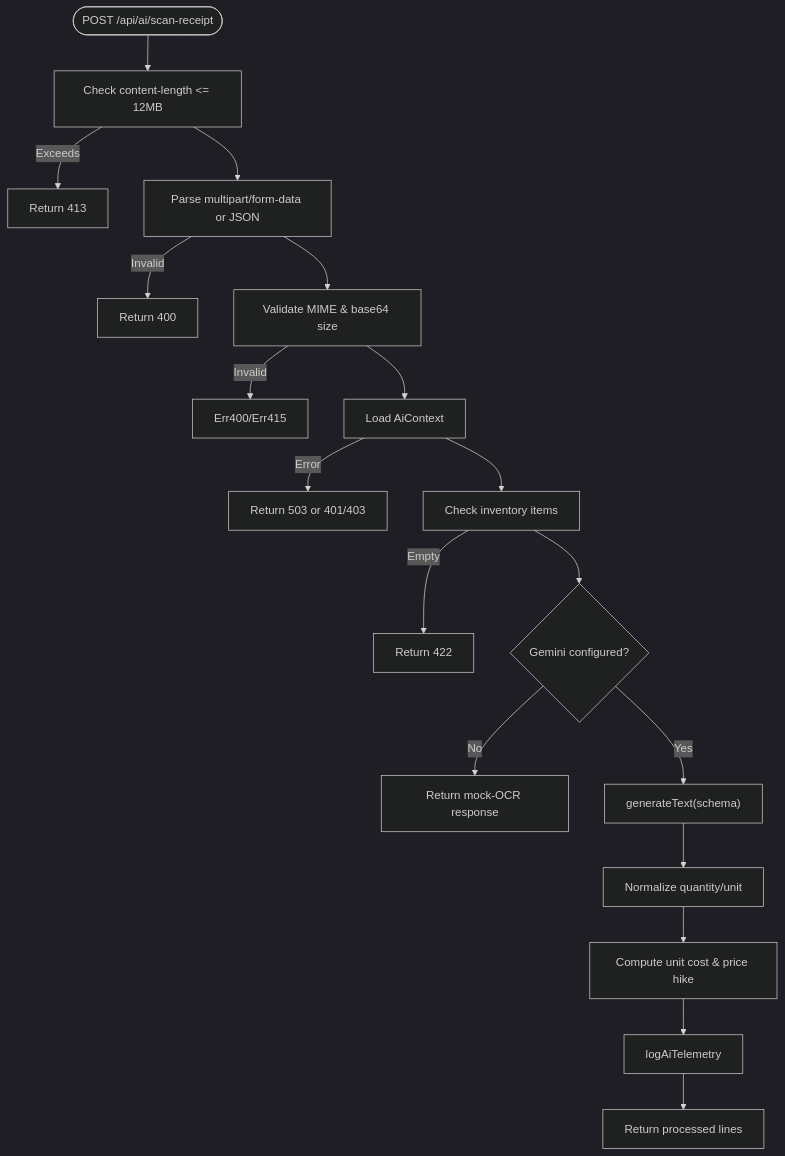
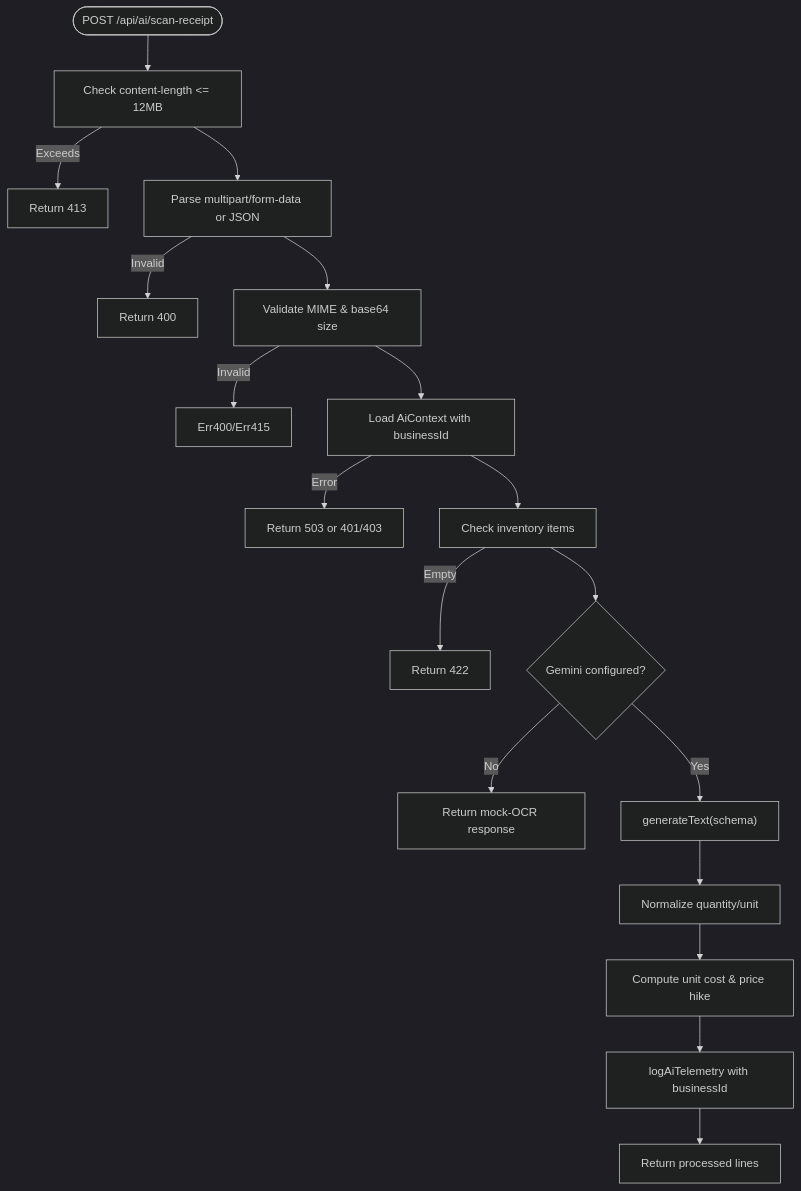
One commit to aarz24/Laris_HackathonGTNIC2026 changed the fourth of 8 diagrams in .qoder/repowiki/en/content/API Reference/API Reference.md. Above: the diagram before and after it, drawn with Mermaid (dark theme). The commit also changed other lines of this file and 58 other files, not shown here.

````diff
--- a/.qoder/repowiki/en/content/API Reference/API Reference.md
+++ b/.qoder/repowiki/en/content/API Reference/API Reference.md
@@ -237,20 +254,20 @@
 ```mermaid
 flowchart TD
 StartScan(["POST /api/ai/scan-receipt"]) --> CheckBody["Check content-length <= 12MB"]
 CheckBody --> |Exceeds| Err413["Return 413"]
 CheckBody --> ParseFormOrJson["Parse multipart/form-data or JSON"]
 ParseFormOrJson --> |Invalid| Err400["Return 400"]
 ParseFormOrJson --> ValidateImage["Validate MIME & base64 size"]
 ValidateImage --> |Invalid| Err400/Err415
-ValidateImage --> LoadContext["Load AiContext"]
+ValidateImage --> LoadContext["Load AiContext with businessId"]
 LoadContext --> |Error| Err503["Return 503 or 401/403"]
 LoadContext --> CheckInventory["Check inventory items"]
 CheckInventory --> |Empty| Err422["Return 422"]
 CheckInventory --> HasGemini{"Gemini configured?"}
 HasGemini --> |No| MockOCR["Return mock-OCR response"]
 HasGemini --> |Yes| GenerateReceipt["generateText(schema)"]
 GenerateReceipt --> NormalizeUnits["Normalize quantity/unit"]
 NormalizeUnits --> ComputeCosts["Compute unit cost & price hike"]
-ComputeCosts --> LogTelemetry["logAiTelemetry"]
+ComputeCosts --> LogTelemetry["logAiTelemetry with businessId"]
 LogTelemetry --> ReturnSuccess["Return processed lines"]
 ```
````
